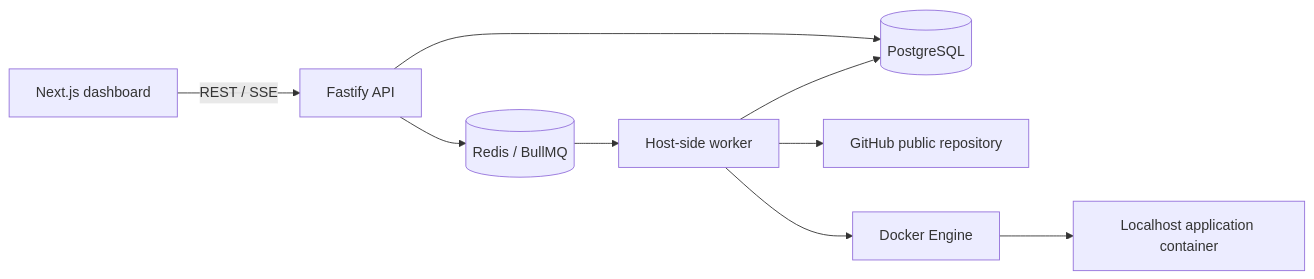
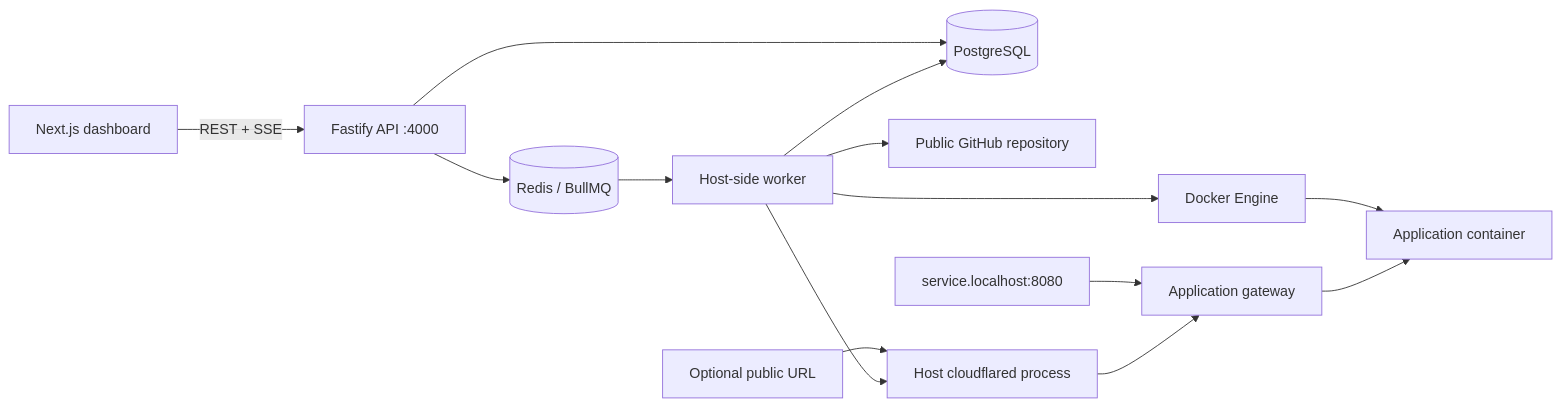
Before and after one commit to Zaidzezo/test: the diagram in README.md, drawn with Mermaid. The commit also changed other lines of this file and 94 other files, not shown here.

Commit message:
Add stable service routing, encrypted configuration, rollback and dashboard redesign

````diff
--- a/README.md
+++ b/README.md
@@ -21,11 +26,16 @@
 ```mermaid
 flowchart LR
-  Browser[Next.js dashboard] -->|REST / SSE| API[Fastify API]
+  Browser[Next.js dashboard] -->|REST + SSE| API[Fastify API :4000]
   API --> DB[(PostgreSQL)]
-  API --> Q[(Redis / BullMQ)]
-  Q --> Worker[Host-side worker]
+  API --> Queue[(Redis / BullMQ)]
+  Queue --> Worker[Host-side worker]
   Worker --> DB
-  Worker --> Git[GitHub public repository]
+  Worker --> Git[Public GitHub repository]
   Worker --> Docker[Docker Engine]
-  Docker --> Candidate[Localhost application container]
+  Docker --> App[Application container]
+  Local[service.localhost:8080] --> Gateway[Application gateway]
+  Gateway --> App
+  Internet[Optional public URL] --> Tunnel[Host cloudflared process]
+  Tunnel --> Gateway
+  Worker --> Tunnel
 ```
````
